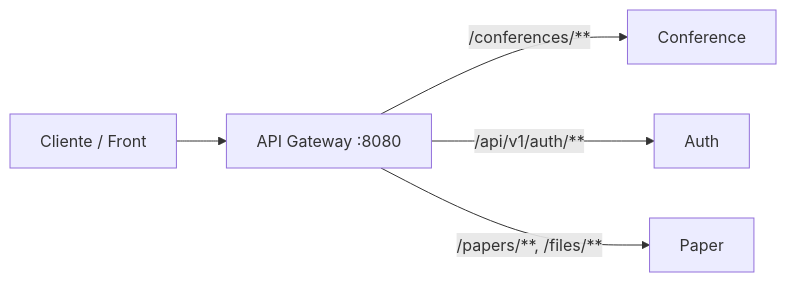
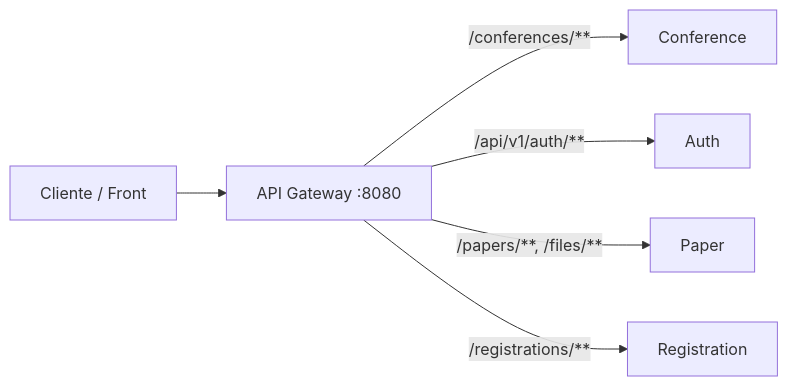
The diagram in README.md (JosuePerez4/Api-gateway-microservicios), drawn with Mermaid before and after one commit. The commit also changed other lines of this file, not shown here.

````diff
--- a/README.md
+++ b/README.md
@@ -43,13 +44,15 @@
 ```mermaid
 flowchart LR
   Cliente["Cliente / Front"]
   GW["API Gateway :8080"]
   C["Conference"]
   A["Auth"]
   P["Paper"]
+  R["Registration"]
 
   Cliente --> GW
   GW -->|"/conferences/**"| C
   GW -->|"/api/v1/auth/**"| A
   GW -->|"/papers/**, /files/**"| P
+  GW -->|"/registrations/**"| R
 ```
````
